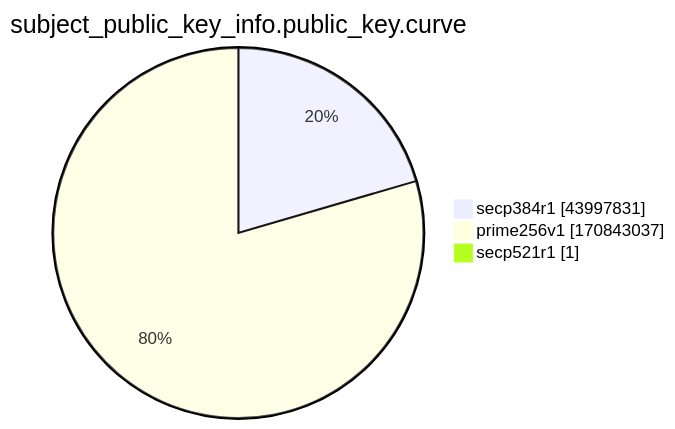
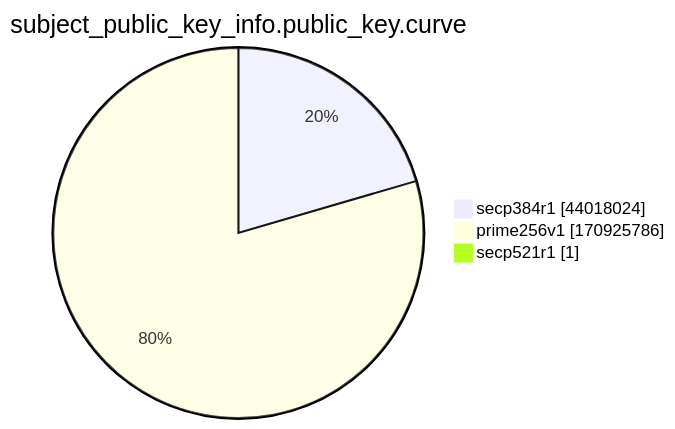
One commit to christiankrug/ctmonitor_visualization changed the ninth of 15 diagrams in xenon2022/README.md. Above: the diagram before and after it, drawn with Mermaid. The commit also changed other lines of this file, not shown here.

````diff
--- a/xenon2022/README.md
+++ b/xenon2022/README.md
@@ -2871,7 +2871,7 @@
 ```mermaid
 pie showData
 title subject_public_key_info.public_key.curve
-"secp384r1" :43997831
-"prime256v1" :170843037
+"secp384r1" :44018024
+"prime256v1" :170925786
 "secp521r1" :1
 ```
````
